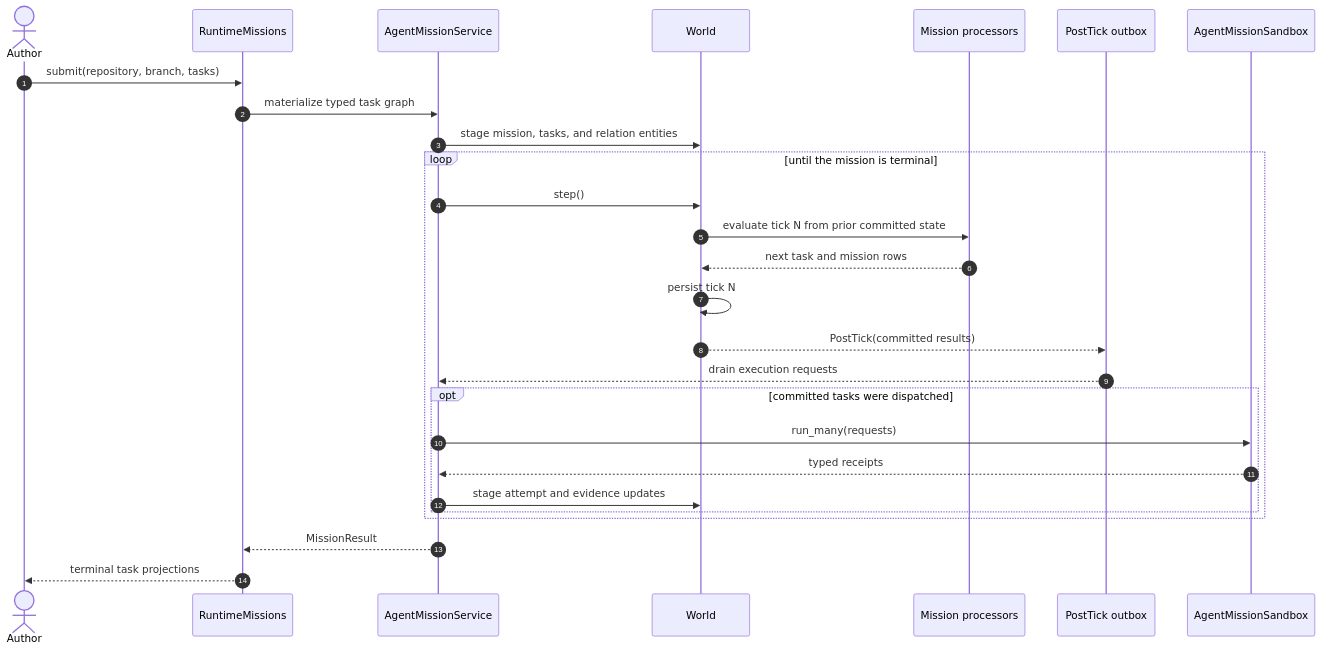
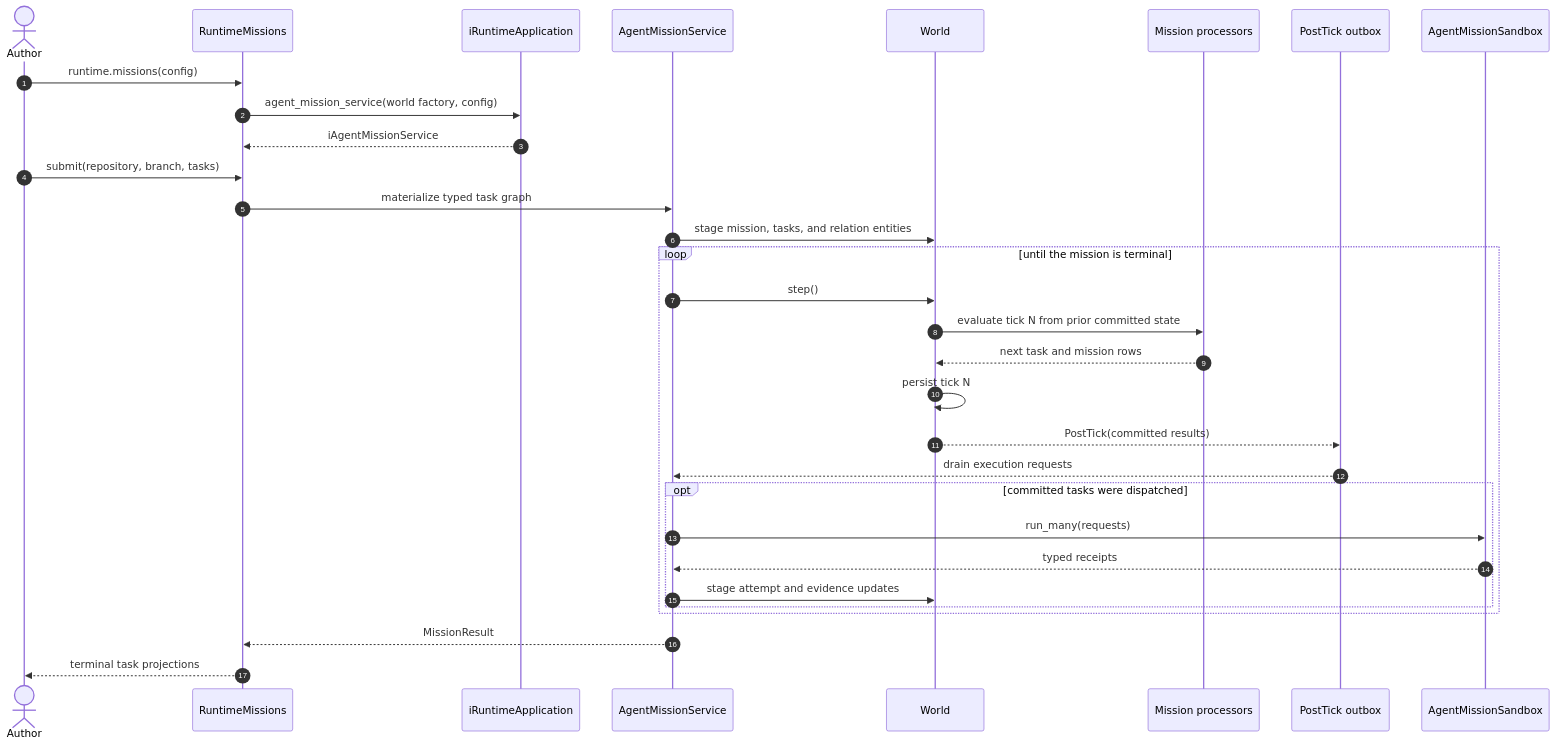
The second of 3 diagrams in docs/guide/agent-missions.md (VangelisTech/archetype), drawn with Mermaid before and after one commit. The commit also changed other lines of this file and 27 other files, not shown here.

Commit message:
feat: enforce graph-owned mission publication

````diff
--- a/docs/guide/agent-missions.md
+++ b/docs/guide/agent-missions.md
@@ -220,32 +222,36 @@
 ```mermaid
 sequenceDiagram
     autonumber
     actor Author
     participant Runtime as RuntimeMissions
+    participant Application as iRuntimeApplication
     participant Service as AgentMissionService
     participant World
     participant Pipeline as Mission processors
     participant Outbox as PostTick outbox
     participant Sandbox as AgentMissionSandbox
 
+    Author->>Runtime: runtime.missions(config)
+    Runtime->>Application: agent_mission_service(world factory, config)
+    Application-->>Runtime: iAgentMissionService
     Author->>Runtime: submit(repository, branch, tasks)
     Runtime->>Service: materialize typed task graph
     Service->>World: stage mission, tasks, and relation entities
 
     loop until the mission is terminal
         Service->>World: step()
         World->>Pipeline: evaluate tick N from prior committed state
         Pipeline-->>World: next task and mission rows
         World->>World: persist tick N
         World-->>Outbox: PostTick(committed results)
         Outbox-->>Service: drain execution requests
         opt committed tasks were dispatched
             Service->>Sandbox: run_many(requests)
             Sandbox-->>Service: typed receipts
             Service->>World: stage attempt and evidence updates
         end
     end
 
     Service-->>Runtime: MissionResult
     Runtime-->>Author: terminal task projections
 ```
````
